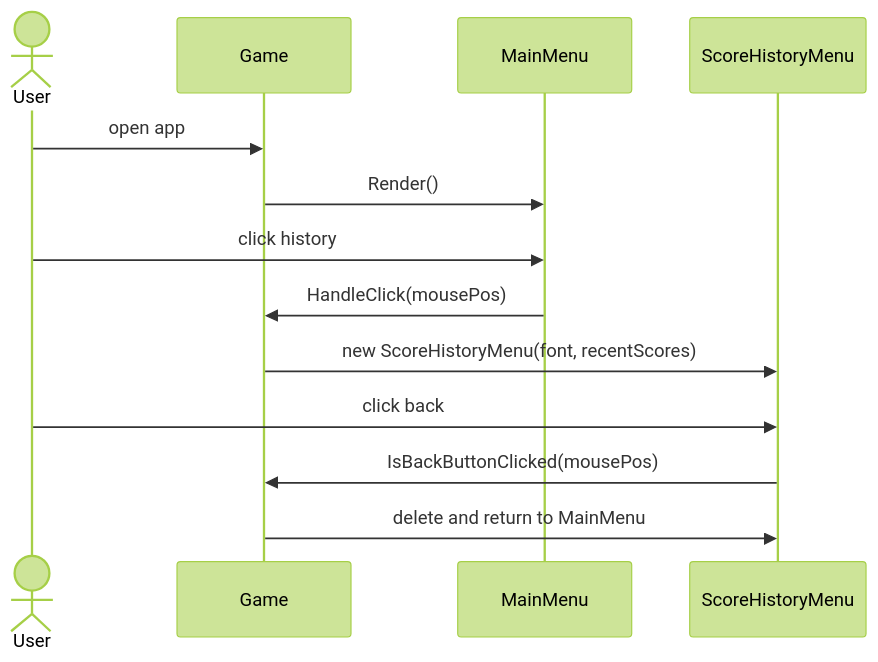
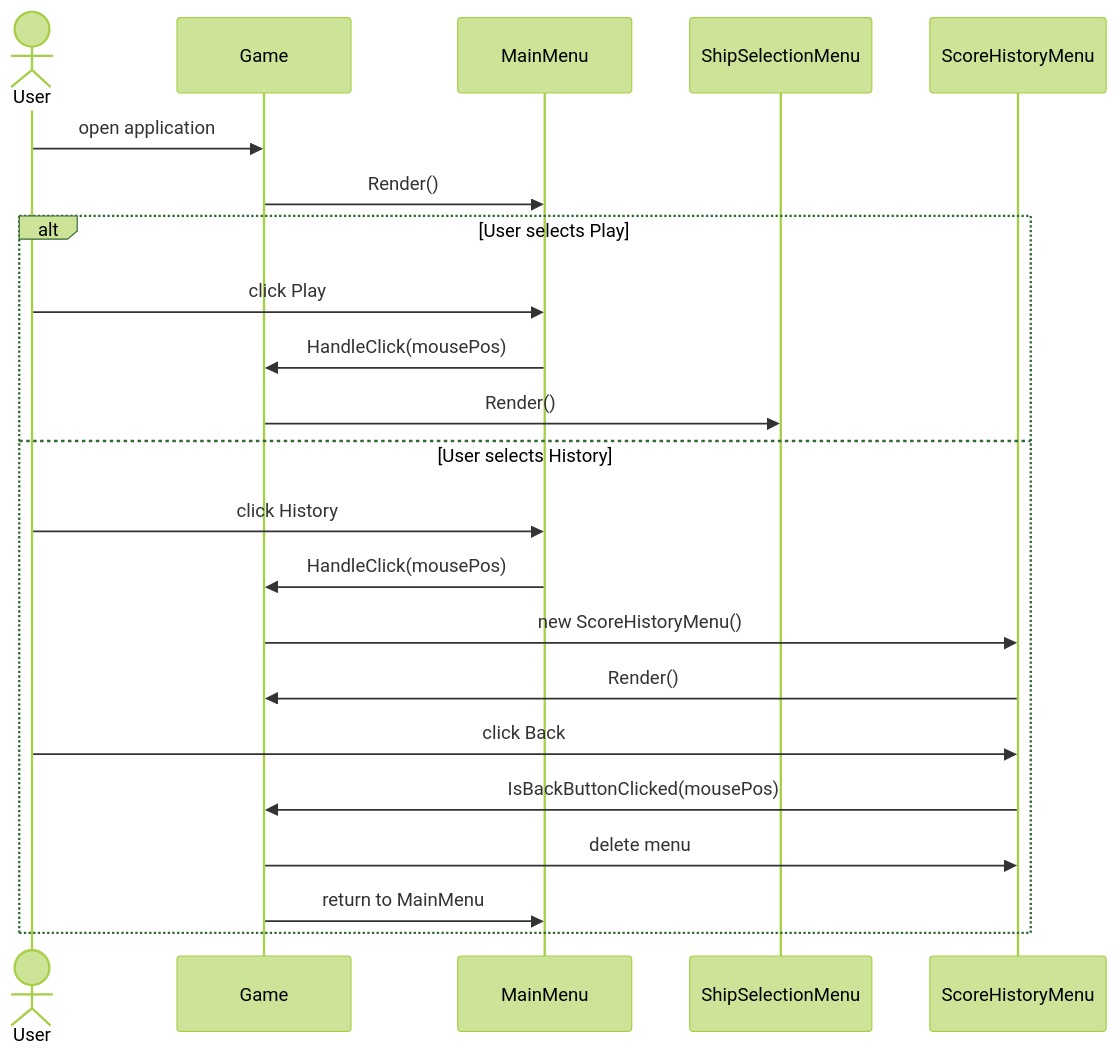
Before and after one commit to dnvinh2402/oop: the third of 9 diagrams in UML/uml_diagrams.md, drawn with Mermaid (forest theme). The commit also changed other lines of this file and 6 other files, not shown here.

````diff
--- a/UML/uml_diagrams.md
+++ b/UML/uml_diagrams.md
@@ -297,16 +432,34 @@
 ```mermaid
 sequenceDiagram
     actor User
     participant Game
     participant MainMenu
-    participant ScoreHistoryMenu
+    participant ShipSelection as ShipSelectionMenu
+    participant ScoreHistory as ScoreHistoryMenu
 
-    User ->> Game: open app
+    User ->> Game: open application
+
     Game ->> MainMenu: Render()
-    User ->> MainMenu: click history
-    MainMenu ->> Game: HandleClick(mousePos)
-    Game ->> ScoreHistoryMenu: new ScoreHistoryMenu(font, recentScores)
-    User ->> ScoreHistoryMenu: click back
-    ScoreHistoryMenu ->> Game: IsBackButtonClicked(mousePos)
-    Game ->> ScoreHistoryMenu: delete and return to MainMenu
+
+    alt User selects Play
+        User ->> MainMenu: click Play
+        MainMenu ->> Game: HandleClick(mousePos)
+
+        Game ->> ShipSelection: Render()
+
+    else User selects History
+
+        User ->> MainMenu: click History
+        MainMenu ->> Game: HandleClick(mousePos)
+
+        Game ->> ScoreHistory: new ScoreHistoryMenu()
+
+        ScoreHistory ->> Game: Render()
+
+        User ->> ScoreHistory: click Back
+        ScoreHistory ->> Game: IsBackButtonClicked(mousePos)
+
+        Game ->> ScoreHistory: delete menu
+        Game ->> MainMenu: return to MainMenu
+    end
 ```
````
